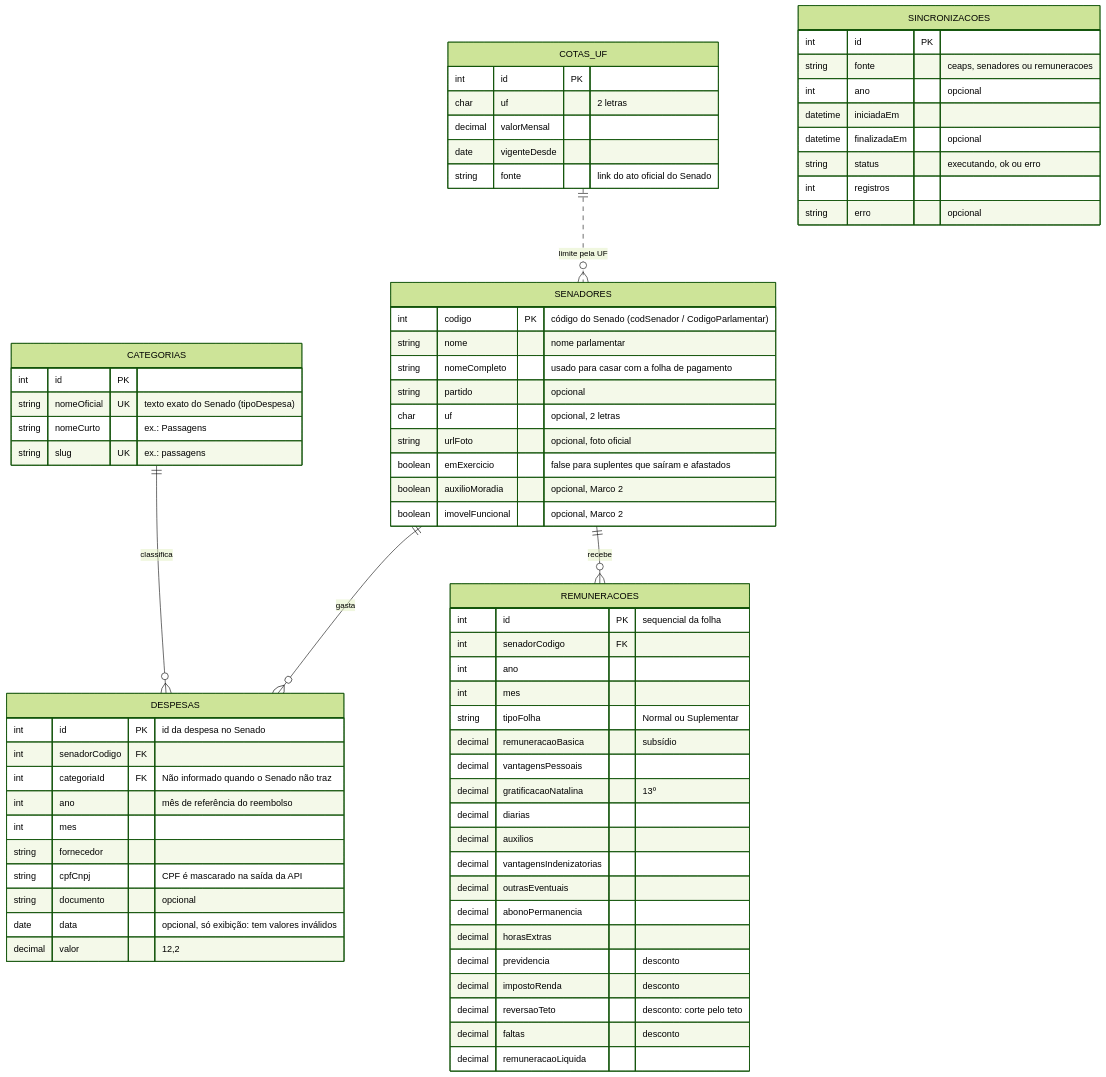
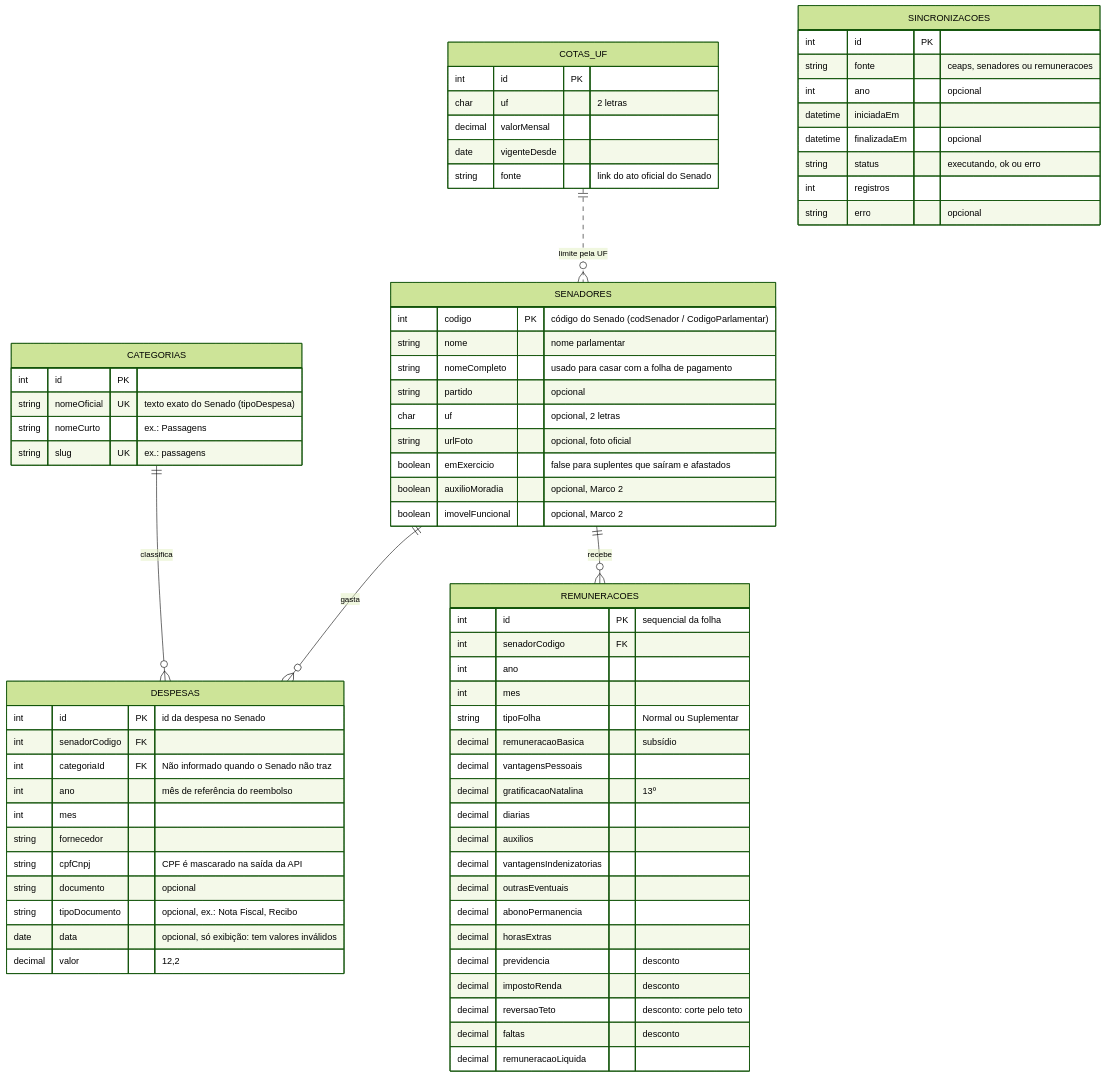
One commit to AlissonWork/api-transparencia-senado changed the diagram in docs/banco-de-dados.md. Above: the diagram before and after it, drawn with Mermaid (forest theme).

Commit message:
docs: adiciona tipo de documento ao diagrama do banco

````diff
--- a/docs/banco-de-dados.md
+++ b/docs/banco-de-dados.md
@@ -8,80 +8,81 @@
 ```mermaid
 erDiagram
     SENADORES ||--o{ DESPESAS : "gasta"
     CATEGORIAS ||--o{ DESPESAS : "classifica"
     SENADORES ||--o{ REMUNERACOES : "recebe"
     COTAS_UF ||..o{ SENADORES : "limite pela UF"
 
     SENADORES {
         int codigo PK "código do Senado (codSenador / CodigoParlamentar)"
         string nome "nome parlamentar"
         string nomeCompleto "usado para casar com a folha de pagamento"
         string partido "opcional"
         char uf "opcional, 2 letras"
         string urlFoto "opcional, foto oficial"
         boolean emExercicio "false para suplentes que saíram e afastados"
         boolean auxilioMoradia "opcional, Marco 2"
         boolean imovelFuncional "opcional, Marco 2"
     }
 
     CATEGORIAS {
         int id PK
         string nomeOficial UK "texto exato do Senado (tipoDespesa)"
         string nomeCurto "ex.: Passagens"
         string slug UK "ex.: passagens"
     }
 
     DESPESAS {
         int id PK "id da despesa no Senado"
         int senadorCodigo FK
         int categoriaId FK "Não informado quando o Senado não traz"
         int ano "mês de referência do reembolso"
         int mes
         string fornecedor
         string cpfCnpj "CPF é mascarado na saída da API"
         string documento "opcional"
+        string tipoDocumento "opcional, ex.: Nota Fiscal, Recibo"
         date data "opcional, só exibição: tem valores inválidos"
         decimal valor "12,2"
     }
 
     REMUNERACOES {
         int id PK "sequencial da folha"
         int senadorCodigo FK
         int ano
         int mes
         string tipoFolha "Normal ou Suplementar"
         decimal remuneracaoBasica "subsídio"
         decimal vantagensPessoais
         decimal gratificacaoNatalina "13º"
         decimal diarias
         decimal auxilios
         decimal vantagensIndenizatorias
         decimal outrasEventuais
         decimal abonoPermanencia
         decimal horasExtras
         decimal previdencia "desconto"
         decimal impostoRenda "desconto"
         decimal reversaoTeto "desconto: corte pelo teto"
         decimal faltas "desconto"
         decimal remuneracaoLiquida
     }
 
     COTAS_UF {
         int id PK
         char uf "2 letras"
         decimal valorMensal
         date vigenteDesde
         string fonte "link do ato oficial do Senado"
     }
 
     SINCRONIZACOES {
         int id PK
         string fonte "ceaps, senadores ou remuneracoes"
         int ano "opcional"
         datetime iniciadaEm
         datetime finalizadaEm "opcional"
         string status "executando, ok ou erro"
         int registros
         string erro "opcional"
     }
 ```
````
